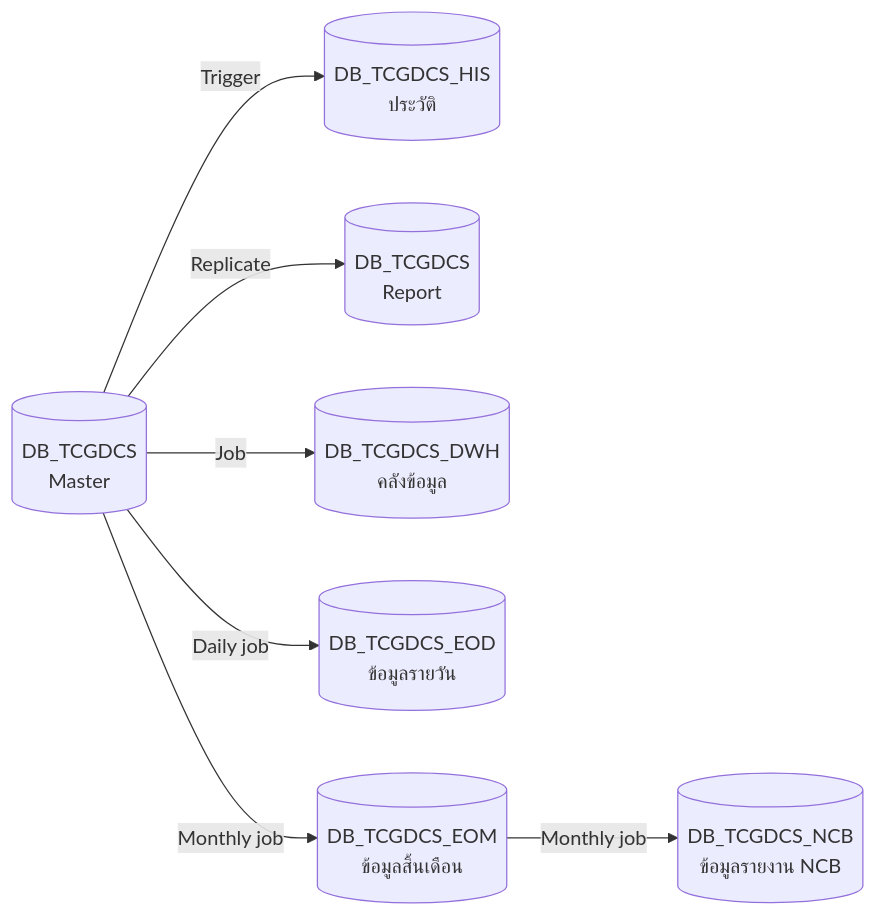
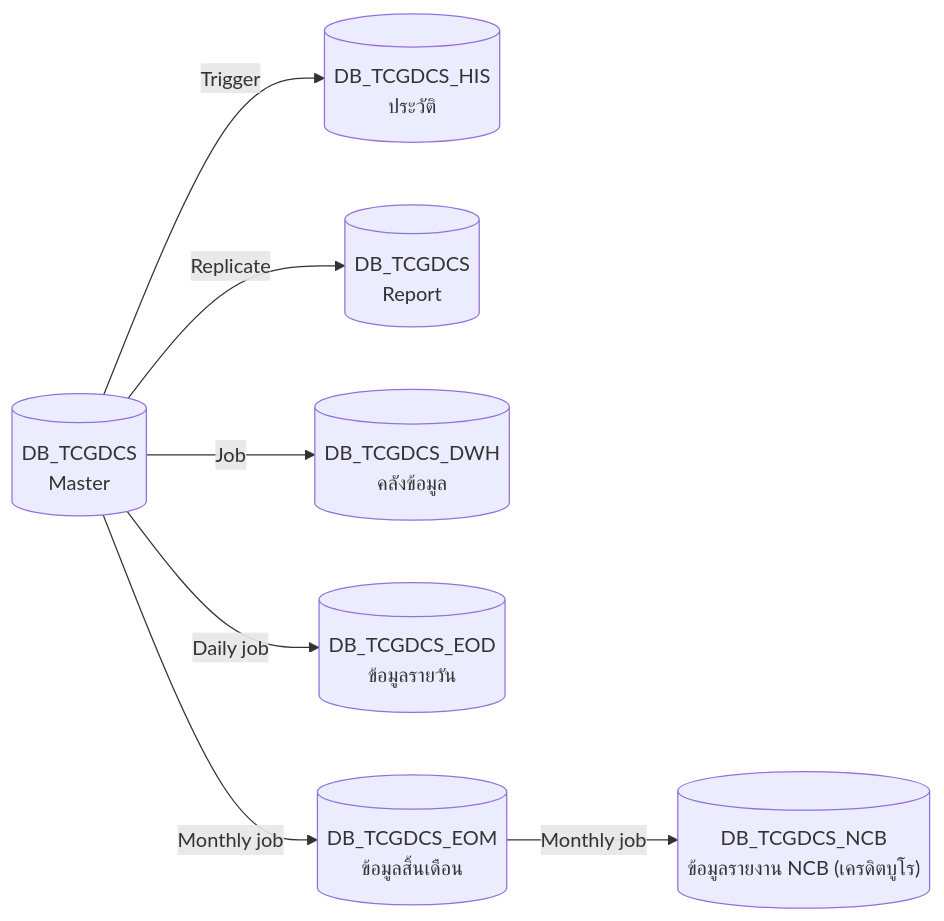
Before and after one commit to yukasung/eodncb: the first of 3 diagrams in app/database/page.mdx, drawn with Mermaid. The commit also changed other lines of this file and 16 other files, not shown here.

````diff
--- a/app/database/page.mdx
+++ b/app/database/page.mdx
@@ -21,10 +21,10 @@
 ```mermaid
 flowchart LR
     MASTER[("DB_TCGDCS<br/>Master")]
     MASTER -->|Trigger| HIS[("DB_TCGDCS_HIS<br/>ประวัติ")]
     MASTER -->|Replicate| REPORT[("DB_TCGDCS<br/>Report")]
     MASTER -->|Job| DWH[("DB_TCGDCS_DWH<br/>คลังข้อมูล")]
     MASTER -->|Daily job| EOD[("DB_TCGDCS_EOD<br/>ข้อมูลรายวัน")]
     MASTER -->|Monthly job| EOM[("DB_TCGDCS_EOM<br/>ข้อมูลสิ้นเดือน")]
-    EOM -->|Monthly job| NCB[("DB_TCGDCS_NCB<br/>ข้อมูลรายงาน NCB")]
+    EOM -->|Monthly job| NCB[("DB_TCGDCS_NCB<br/>ข้อมูลรายงาน NCB (เครดิตบูโร)")]
 ```
````
